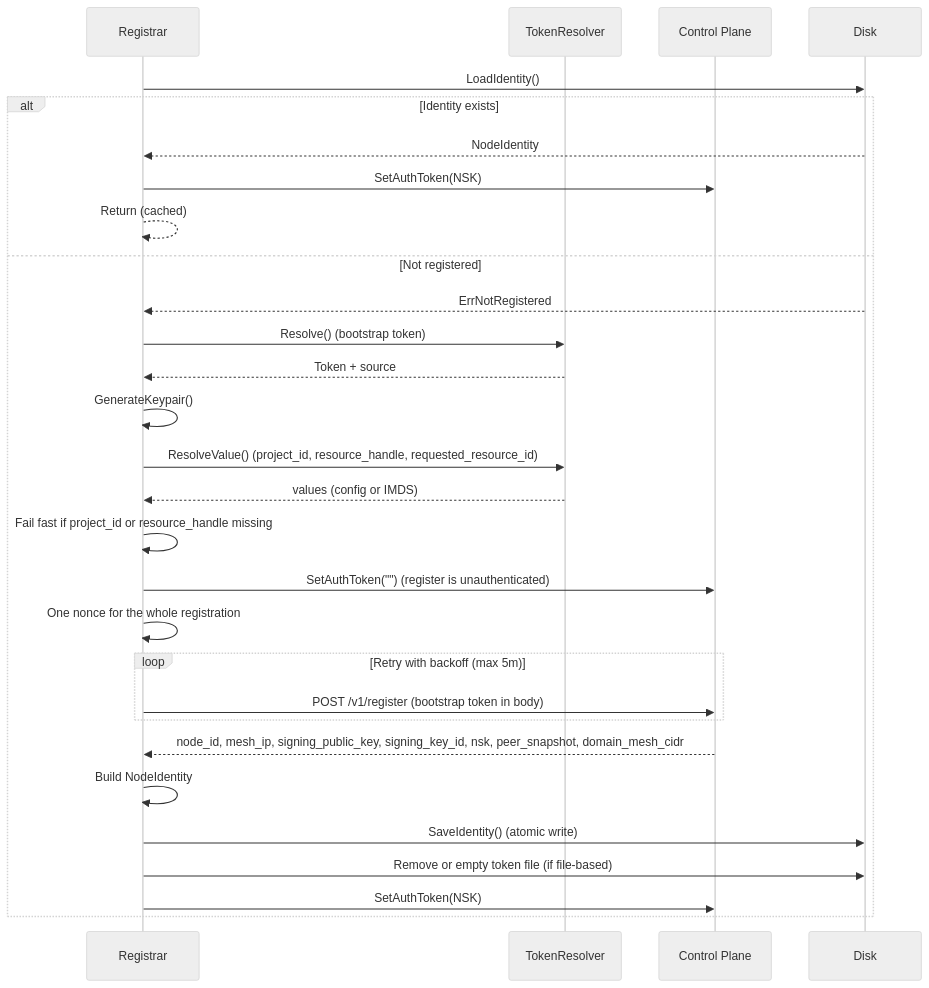
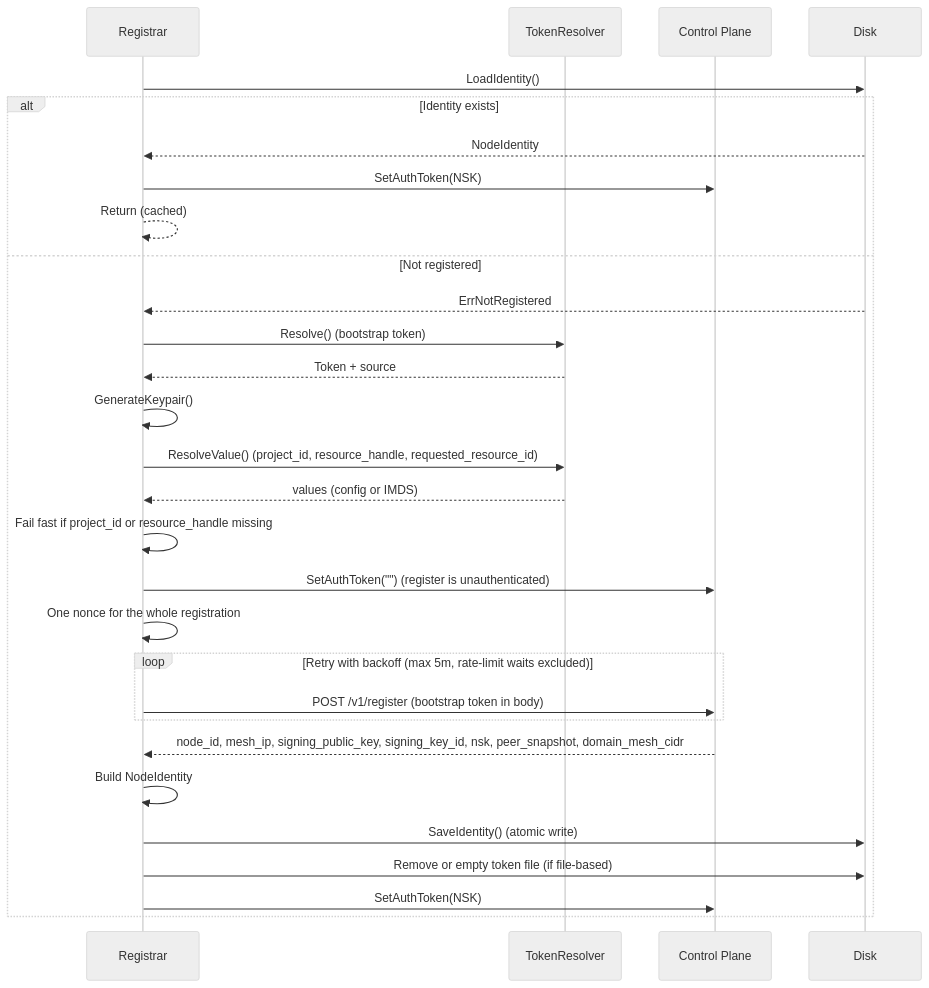
One commit to plexsphere/plexd changed the diagram in docs/reference/core/registration.md. Above: the diagram before and after it, drawn with Mermaid (neutral theme). The commit also changed other lines of this file and 5 other files, not shown here.

````diff
--- a/docs/reference/core/registration.md
+++ b/docs/reference/core/registration.md
@@ -280,32 +280,32 @@
 ```mermaid
 sequenceDiagram
     participant R as Registrar
     participant TR as TokenResolver
     participant CP as Control Plane
     participant D as Disk
 
     R->>D: LoadIdentity()
     alt Identity exists
         D-->>R: NodeIdentity
         R->>CP: SetAuthToken(NSK)
         R-->>R: Return (cached)
     else Not registered
         D-->>R: ErrNotRegistered
         R->>TR: Resolve() (bootstrap token)
         TR-->>R: Token + source
         R->>R: GenerateKeypair()
         R->>TR: ResolveValue() (project_id, resource_handle, requested_resource_id)
         TR-->>R: values (config or IMDS)
         R->>R: Fail fast if project_id or resource_handle missing
         R->>CP: SetAuthToken("") (register is unauthenticated)
         R->>R: One nonce for the whole registration
-        loop Retry with backoff (max 5m)
+        loop Retry with backoff (max 5m, rate-limit waits excluded)
             R->>CP: POST /v1/register (bootstrap token in body)
         end
         CP-->>R: node_id, mesh_ip, signing_public_key, signing_key_id, nsk, peer_snapshot, domain_mesh_cidr
         R->>R: Build NodeIdentity
         R->>D: SaveIdentity() (atomic write)
         R->>D: Remove or empty token file (if file-based)
         R->>CP: SetAuthToken(NSK)
     end
 ```
````
